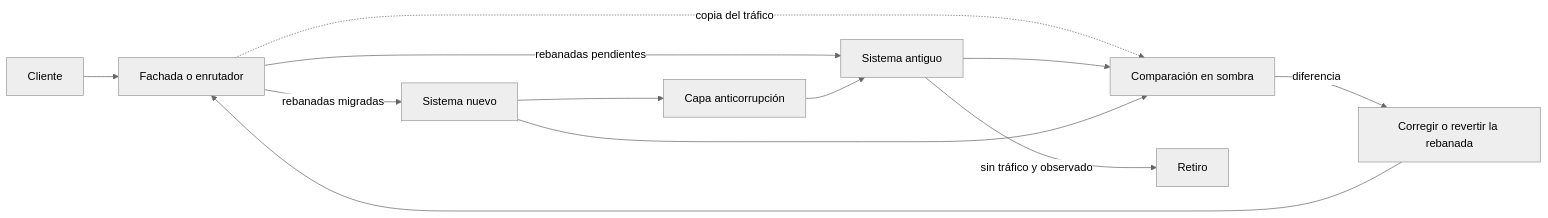
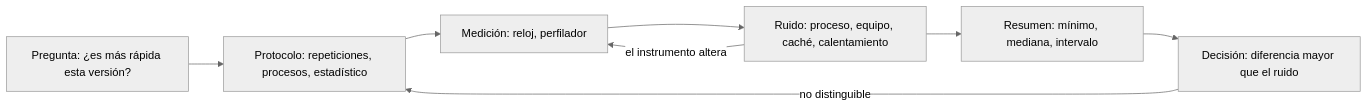
One commit to vladimiracunadev-create/modern-software-engineering-program changed the diagram in content/part-36/SE-437.md. Above: the diagram before and after it, drawn with Mermaid (neutral theme). The commit also changed other lines of this file and 5193 other files, not shown here.

````diff
--- a/content/part-36/SE-437.md
+++ b/content/part-36/SE-437.md
@@ -55,14 +54,10 @@
 ```mermaid
 flowchart LR
-    A[Cliente] --> B[Fachada o enrutador]
-    B -->|rebanadas pendientes| C[Sistema antiguo]
-    B -->|rebanadas migradas| D[Sistema nuevo]
-    B -.->|copia del tráfico| E[Comparación en sombra]
-    C --> E
-    D --> E
-    D --> F[Capa anticorrupción]
-    F --> C
-    E -->|diferencia| G[Corregir o revertir la rebanada]
-    G --> B
-    C -->|sin tráfico y observado| H[Retiro]
+    A[Pregunta: ¿es más rápida esta versión?] --> B[Protocolo: repeticiones, procesos, estadístico]
+    B --> C[Medición: reloj, perfilador]
+    C --> D[Ruido: proceso, equipo, caché, calentamiento]
+    D --> E[Resumen: mínimo, mediana, intervalo]
+    E --> F[Decisión: diferencia mayor que el ruido]
+    F -->|no distinguible| B
+    D -->|el instrumento altera| C
 ```
````
